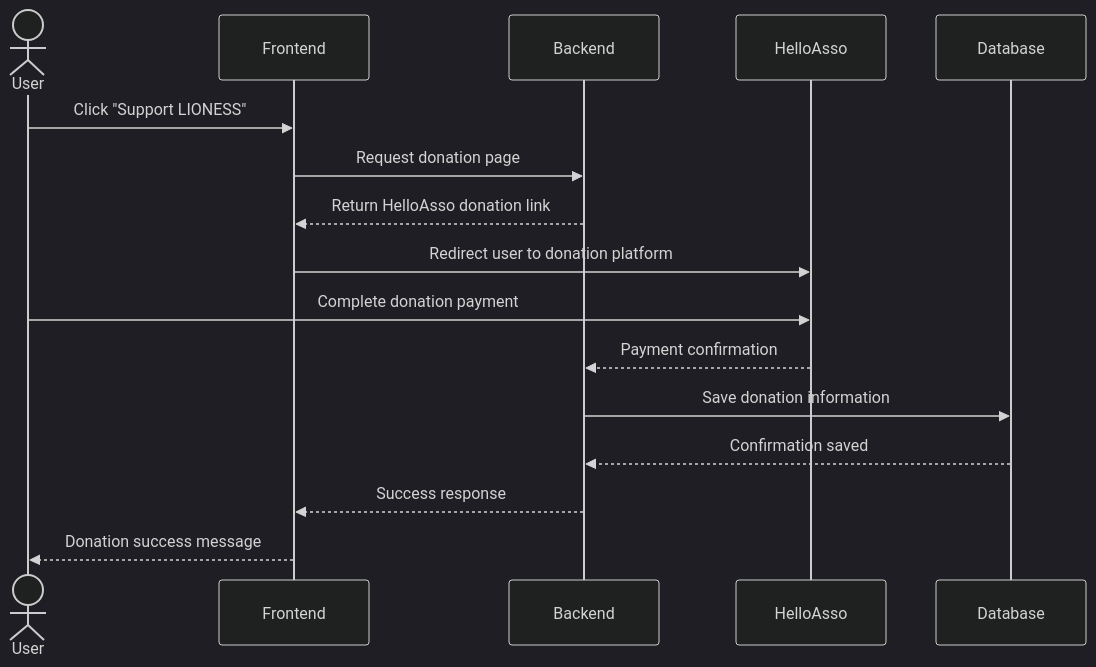
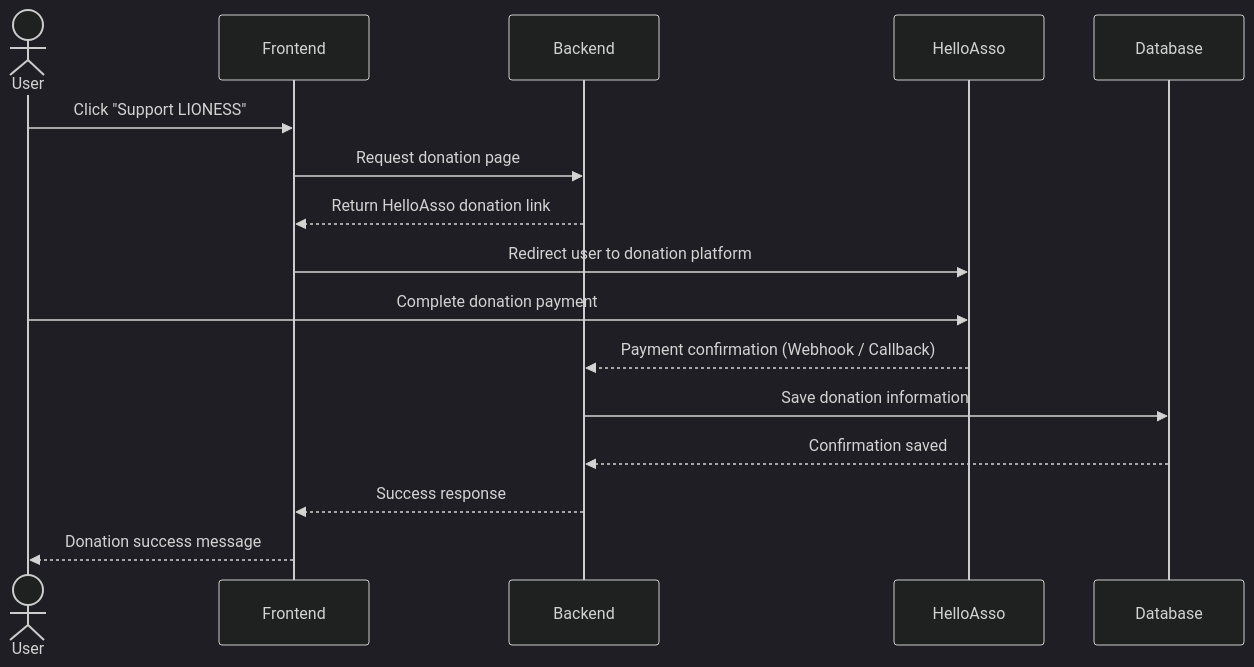
Before and after one commit to Gigi-Corlay/portfolioLionessMagazine: the fifth of 5 diagrams in README.md, drawn with Mermaid (dark theme). The commit also changed other lines of this file and 3 other files, not shown here.

````diff
--- a/README.md
+++ b/README.md
@@ -181,26 +181,19 @@
 ```mermaid
-sequenceDiagram
+    sequenceDiagram
+    actor User
+    participant Frontend
+    participant Backend
+    participant HelloAsso
+    participant Database
 
-actor User
-participant Frontend
-participant Backend
-participant HelloAsso
-participant Database
-
-User->>Frontend: Click "Support LIONESS"
-
-Frontend->>Backend: Request donation page
-Backend-->>Frontend: Return HelloAsso donation link
-
-Frontend->>HelloAsso: Redirect user to donation platform
-
-User->>HelloAsso: Complete donation payment
-
-HelloAsso-->>Backend: Payment confirmation
-
-Backend->>Database: Save donation information
-Database-->>Backend: Confirmation saved
-
-Backend-->>Frontend: Success response
-Frontend-->>User: Donation success message
+    User->>Frontend: Click "Support LIONESS"
+    Frontend->>Backend: Request donation page
+    Backend-->>Frontend: Return HelloAsso donation link
+    Frontend->>HelloAsso: Redirect user to donation platform
+    User->>HelloAsso: Complete donation payment
+    HelloAsso-->>Backend: Payment confirmation (Webhook / Callback)
+    Backend->>Database: Save donation information
+    Database-->>Backend: Confirmation saved
+    Backend-->>Frontend: Success response
+    Frontend-->>User: Donation success message
 ```
````
